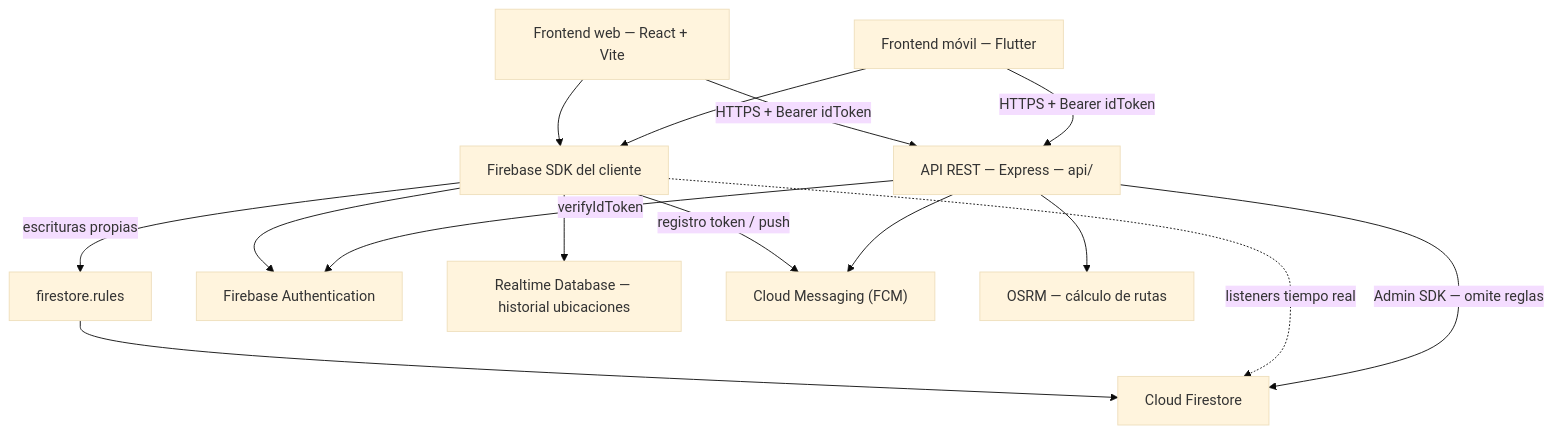
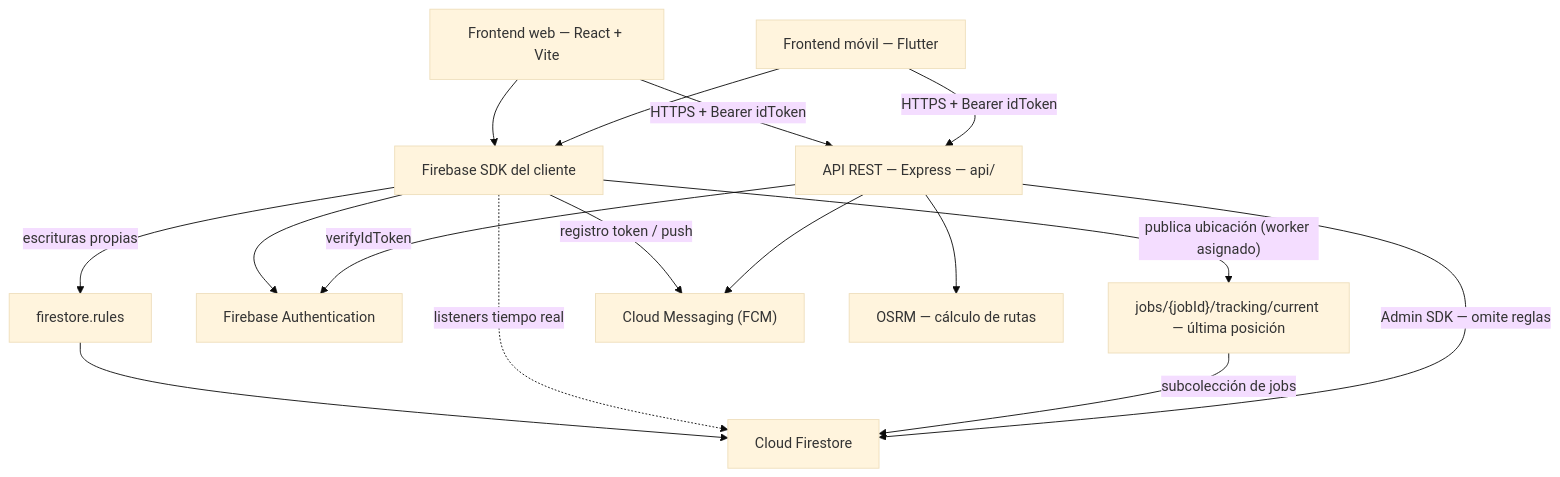
Before and after one commit to CarlosOrozco-1/paTodo: the diagram in docs/arquitectura/backend-dominios.md, drawn with Mermaid (base theme). The commit also changed other lines of this file and 13 other files, not shown here.

Commit message:
docs(dercas): reemplazar diagramas con stack Oracle/Atlas por Firebase (Auth, Firestore, API Express, FCM); fuentes en diagramas-flujos/01

````diff
--- a/docs/arquitectura/backend-dominios.md
+++ b/docs/arquitectura/backend-dominios.md
@@ -25,30 +25,31 @@
 ```mermaid
 flowchart TD
     WEB["Frontend web — React + Vite"]
     MOB["Frontend móvil — Flutter"]
     SDK["Firebase SDK del cliente"]
     API["API REST — Express — api/"]
     RULES["firestore.rules"]
     AUTH["Firebase Authentication"]
     FS["Cloud Firestore"]
-    RTDB["Realtime Database — historial ubicaciones"]
+    TRACK["jobs/{jobId}/tracking/current — última posición"]
     FCM["Cloud Messaging (FCM)"]
     OSRM["OSRM — cálculo de rutas"]
 
     WEB --> SDK
     MOB --> SDK
     WEB -->|"HTTPS + Bearer idToken"| API
     MOB -->|"HTTPS + Bearer idToken"| API
 
     SDK --> AUTH
     SDK -->|"escrituras propias"| RULES
     RULES --> FS
     SDK -.->|"listeners tiempo real"| FS
     SDK -->|"registro token / push"| FCM
-    SDK --> RTDB
+    SDK -->|"publica ubicación (worker asignado)"| TRACK
+    TRACK -->|"subcolección de jobs"| FS
 
     API -->|"verifyIdToken"| AUTH
     API -->|"Admin SDK — omite reglas"| FS
     API --> OSRM
     API --> FCM
 ```
````
